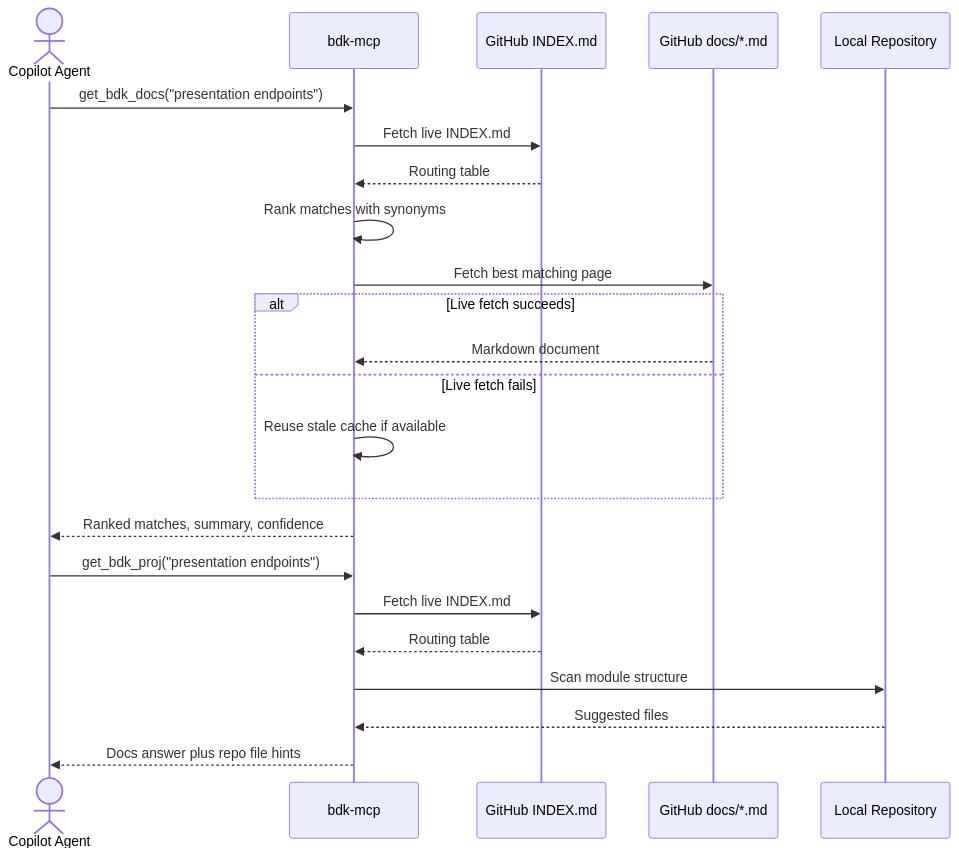
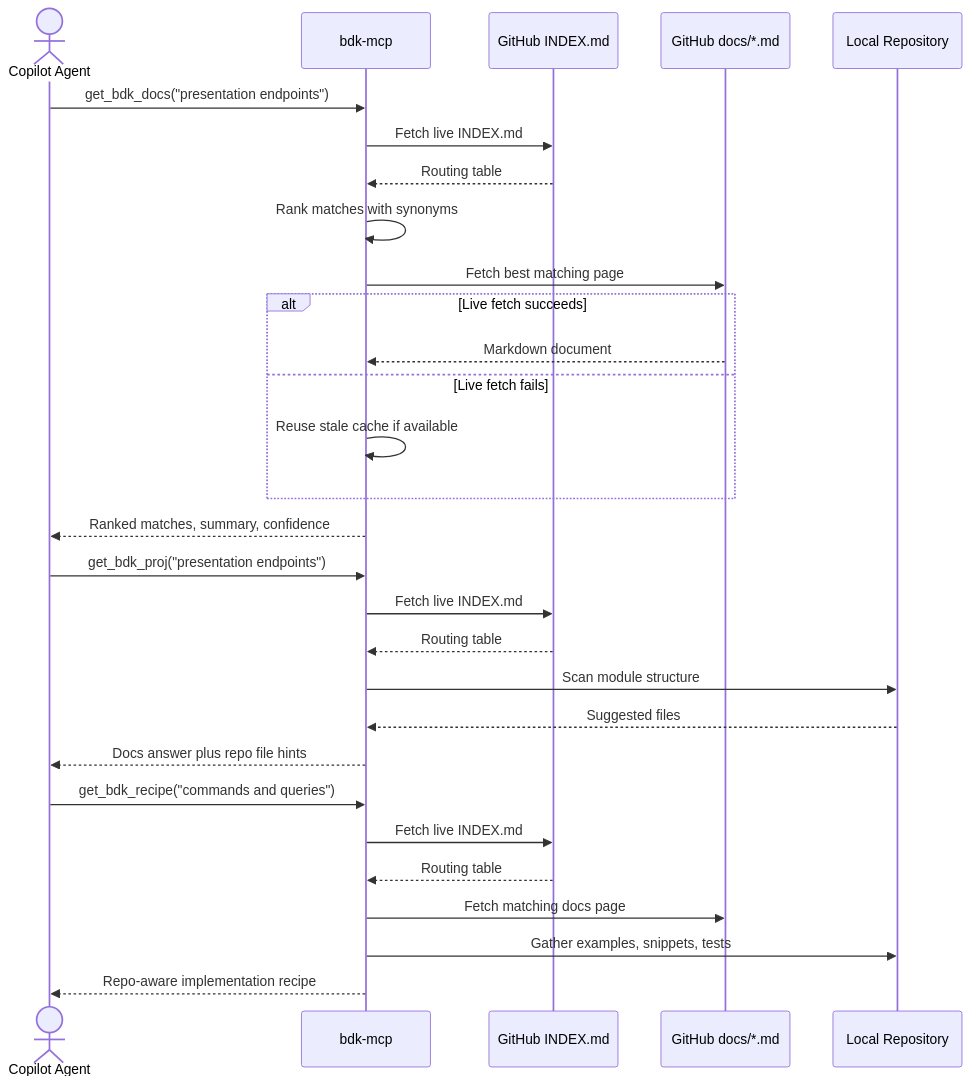
The second of 2 diagrams in .bdk/mcp/README.md (BridgingIT-GmbH/bITdevKit.Examples.GettingStarted), drawn with Mermaid before and after one commit. The commit also changed other lines of this file and 1 other file, not shown here.

````diff
--- a/.bdk/mcp/README.md
+++ b/.bdk/mcp/README.md
@@ -42,27 +57,34 @@
 ```mermaid
 sequenceDiagram
     actor U as Copilot Agent
     participant M as bdk-mcp
     participant I as GitHub INDEX.md
     participant D as GitHub docs/*.md
     participant R as Local Repository
 
     U->>M: get_bdk_docs("presentation endpoints")
     M->>I: Fetch live INDEX.md
     I-->>M: Routing table
     M->>M: Rank matches with synonyms
     M->>D: Fetch best matching page
     alt Live fetch succeeds
         D-->>M: Markdown document
     else Live fetch fails
         M->>M: Reuse stale cache if available
     end
     M-->>U: Ranked matches, summary, confidence
 
     U->>M: get_bdk_proj("presentation endpoints")
     M->>I: Fetch live INDEX.md
     I-->>M: Routing table
     M->>R: Scan module structure
     R-->>M: Suggested files
     M-->>U: Docs answer plus repo file hints
+
+    U->>M: get_bdk_recipe("commands and queries")
+    M->>I: Fetch live INDEX.md
+    I-->>M: Routing table
+    M->>D: Fetch matching docs page
+    M->>R: Gather examples, snippets, tests
+    M-->>U: Repo-aware implementation recipe
 ```
````
